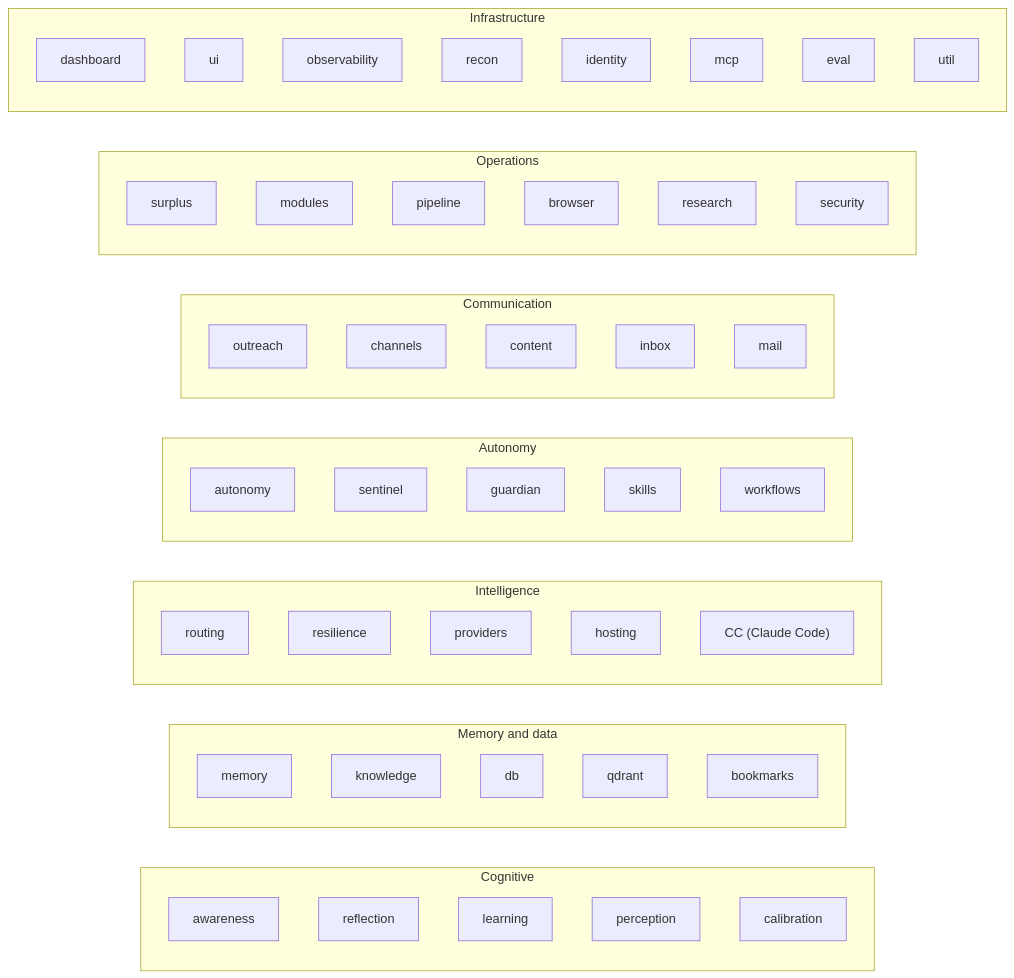
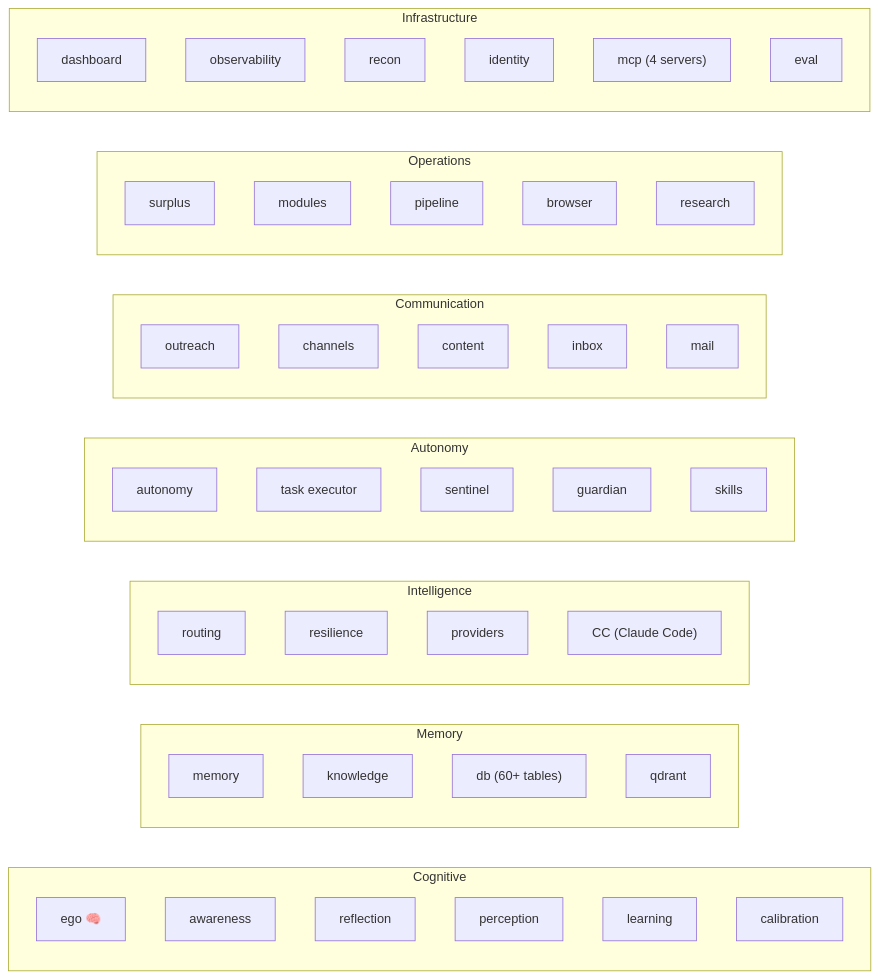
One commit to WingedGuardian/GENesis-AGI changed the second of 2 diagrams in README.md. Above: the diagram before and after it, drawn with Mermaid. The commit also changed other lines of this file, not shown here.

````diff
--- a/README.md
+++ b/README.md
@@ -349,62 +356,58 @@
 ```mermaid
 graph LR
     subgraph "Cognitive"
+        ego["ego 🧠"]
         awareness
         reflection
+        perception
         learning
-        perception
         calibration
     end
 
-    subgraph "Memory and data"
+    subgraph "Memory"
         memory
         knowledge
-        db
+        db["db (60+ tables)"]
         qdrant
-        bookmarks
     end
 
     subgraph "Intelligence"
         routing
         resilience
         providers
-        hosting
         CC["CC (Claude Code)"]
     end
 
     subgraph "Autonomy"
         autonomy
+        tasks["task executor"]
         sentinel
         guardian
         skills
-        workflows
     end
 
     subgraph "Communication"
         outreach
         channels
         content
         inbox
         mail
     end
 
     subgraph "Operations"
         surplus
         modules
         pipeline
         browser
         research
-        security
     end
 
     subgraph "Infrastructure"
         dashboard
-        ui
         observability
         recon
         identity
-        mcp
+        mcp["mcp (4 servers)"]
         eval
-        util
     end
 ```
````
